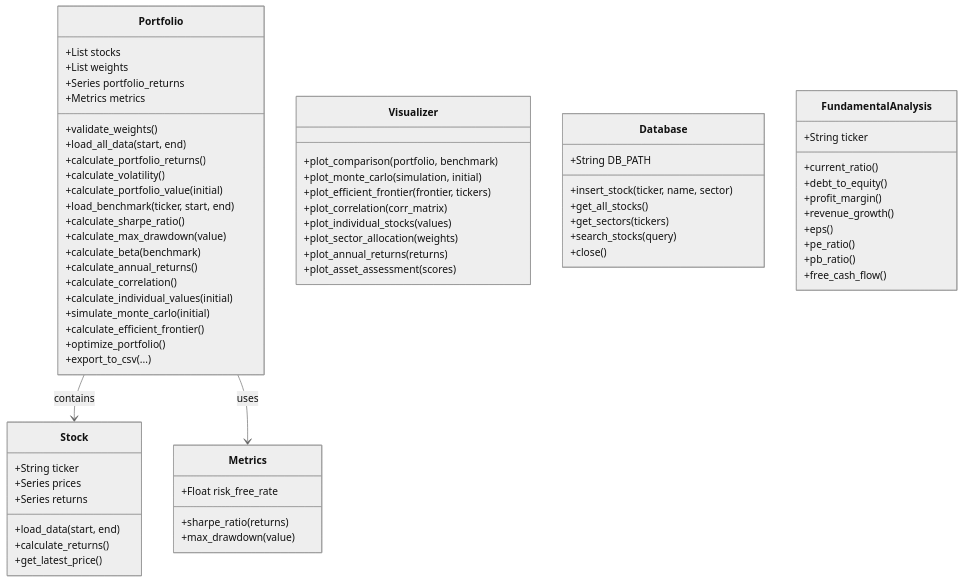
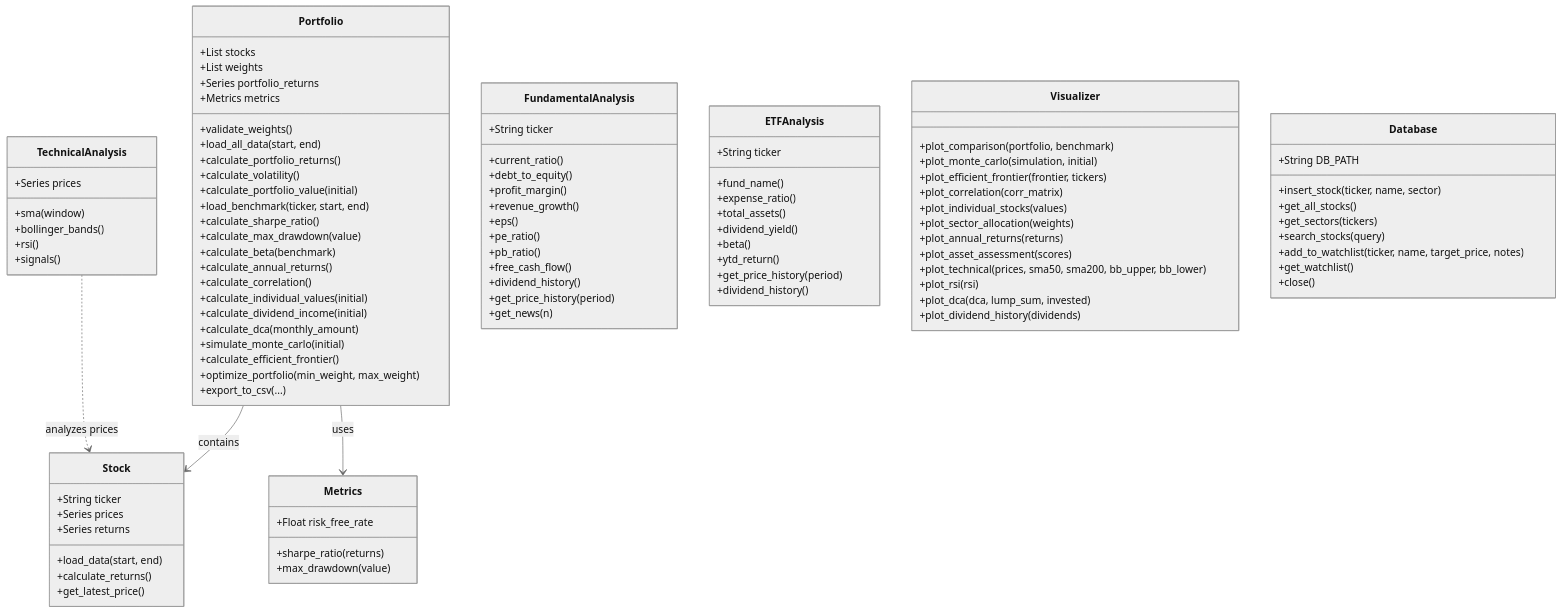
One commit to Kostaspapakon/PortfolioAnalyzer changed the diagram in README.md. Above: the diagram before and after it, drawn with Mermaid (neutral theme). The commit also changed other lines of this file, not shown here.

````diff
--- a/README.md
+++ b/README.md
@@ -92,9 +115,11 @@
         +calculate_annual_returns()
         +calculate_correlation()
         +calculate_individual_values(initial)
+        +calculate_dividend_income(initial)
+        +calculate_dca(monthly_amount)
         +simulate_monte_carlo(initial)
         +calculate_efficient_frontier()
-        +optimize_portfolio()
+        +optimize_portfolio(min_weight, max_weight)
         +export_to_csv(...)
     }
 
@@ -104,24 +129,12 @@
         +max_drawdown(value)
     }
 
-    class Visualizer {
-        +plot_comparison(portfolio, benchmark)
-        +plot_monte_carlo(simulation, initial)
-        +plot_efficient_frontier(frontier, tickers)
-        +plot_correlation(corr_matrix)
-        +plot_individual_stocks(values)
-        +plot_sector_allocation(weights)
-        +plot_annual_returns(returns)
-        +plot_asset_assessment(scores)
-    }
-
-    class Database {
-        +String DB_PATH
-        +insert_stock(ticker, name, sector)
-        +get_all_stocks()
-        +get_sectors(tickers)
-        +search_stocks(query)
-        +close()
+    class TechnicalAnalysis {
+        +Series prices
+        +sma(window)
+        +bollinger_bands()
+        +rsi()
+        +signals()
     }
 
     class FundamentalAnalysis {
@@ -134,8 +147,50 @@
         +pe_ratio()
         +pb_ratio()
         +free_cash_flow()
+        +dividend_history()
+        +get_price_history(period)
+        +get_news(n)
+    }
+
+    class ETFAnalysis {
+        +String ticker
+        +fund_name()
+        +expense_ratio()
+        +total_assets()
+        +dividend_yield()
+        +beta()
+        +ytd_return()
+        +get_price_history(period)
+        +dividend_history()
+    }
+
+    class Visualizer {
+        +plot_comparison(portfolio, benchmark)
+        +plot_monte_carlo(simulation, initial)
+        +plot_efficient_frontier(frontier, tickers)
+        +plot_correlation(corr_matrix)
+        +plot_individual_stocks(values)
+        +plot_sector_allocation(weights)
+        +plot_annual_returns(returns)
+        +plot_asset_assessment(scores)
+        +plot_technical(prices, sma50, sma200, bb_upper, bb_lower)
+        +plot_rsi(rsi)
+        +plot_dca(dca, lump_sum, invested)
+        +plot_dividend_history(dividends)
+    }
+
+    class Database {
+        +String DB_PATH
+        +insert_stock(ticker, name, sector)
+        +get_all_stocks()
+        +get_sectors(tickers)
+        +search_stocks(query)
+        +add_to_watchlist(ticker, name, target_price, notes)
+        +get_watchlist()
+        +close()
     }
 
     Portfolio --> Stock : contains
     Portfolio --> Metrics : uses
+    TechnicalAnalysis ..> Stock : analyzes prices
 ```
````
